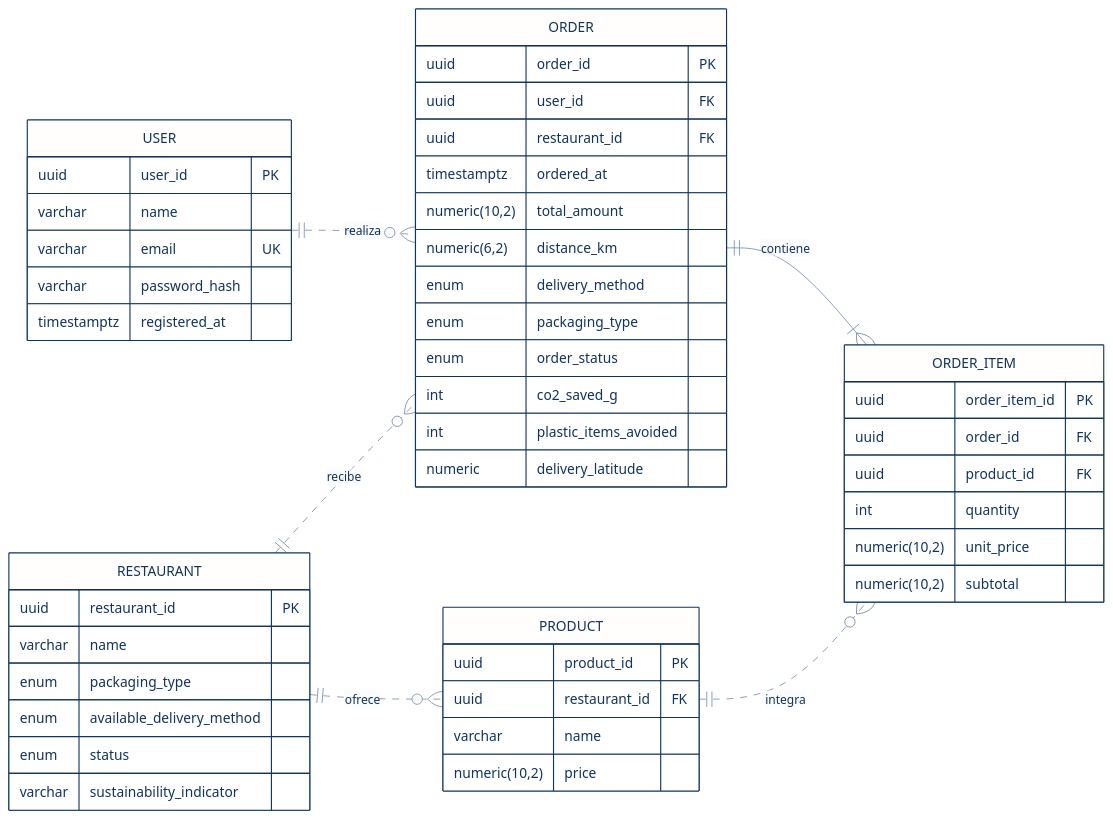
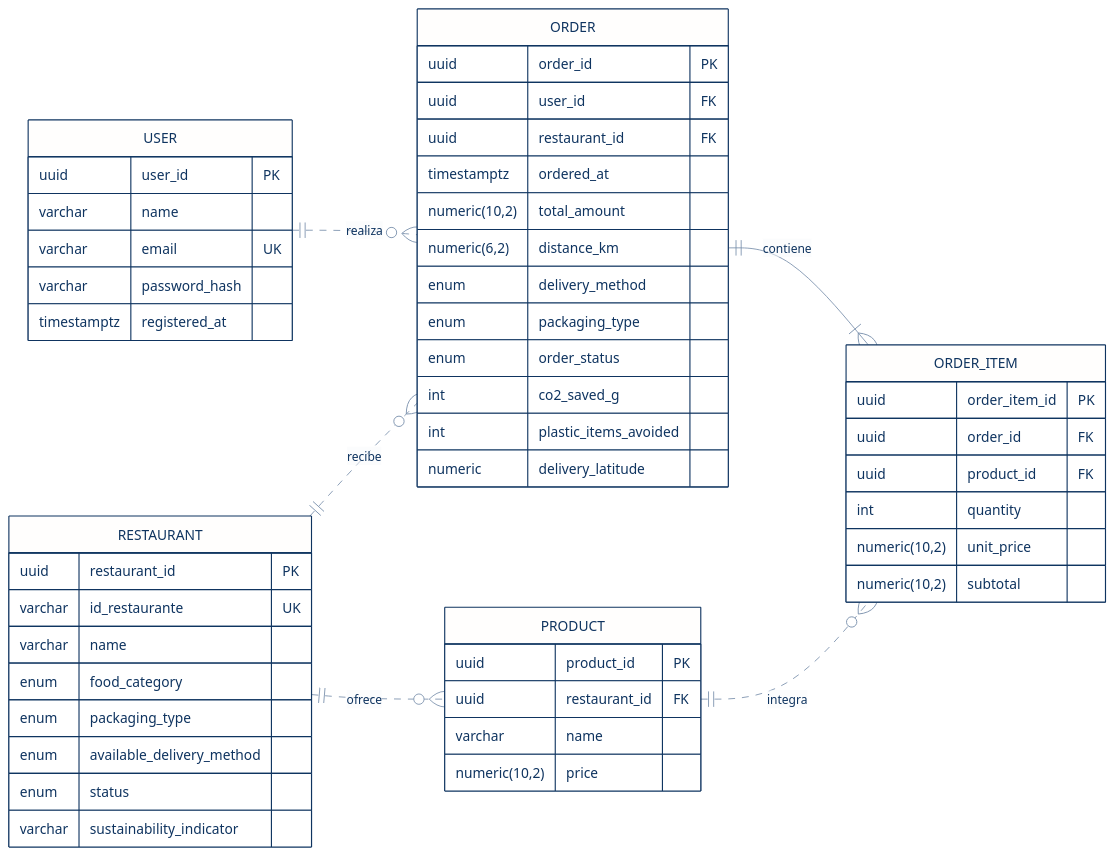
The diagram in docs/api/data-model/erd.mmd (Talently-Lab/S2601-EcoBite), drawn with Mermaid before and after one commit. The commit also changed 12 other files, not shown here.

```diff
--- a/docs/api/data-model/erd.mmd
+++ b/docs/api/data-model/erd.mmd
@@ -1,57 +1,59 @@
 %%{init: {'theme':'base','themeVariables': {'primaryColor':'#fffefd','primaryBorderColor':'#0f3460','primaryTextColor':'#0f3460','lineColor':'#7b91ad','secondaryColor':'#edf2f7','tertiaryColor':'#f7fafc'}}}%%
 erDiagram
     direction LR
 
     USER ||..o{ ORDER : realiza
     RESTAURANT ||..o{ PRODUCT : ofrece
     RESTAURANT ||..o{ ORDER : recibe
     ORDER ||--|{ ORDER_ITEM : contiene
     PRODUCT ||..o{ ORDER_ITEM : integra
 
     USER {
         uuid user_id PK
         varchar name
         varchar email UK
         varchar password_hash
         timestamptz registered_at
     }
 
     RESTAURANT {
         uuid restaurant_id PK
+        varchar id_restaurante UK
         varchar name
+        enum food_category
         enum packaging_type
         enum available_delivery_method
         enum status
         varchar sustainability_indicator
     }
 
     PRODUCT {
         uuid product_id PK
         uuid restaurant_id FK
         varchar name
         numeric(10,2) price
     }
 
     ORDER {
         uuid order_id PK
         uuid user_id FK
         uuid restaurant_id FK
         timestamptz ordered_at
         numeric(10,2) total_amount
         numeric(6,2) distance_km
         enum delivery_method
         enum packaging_type
         enum order_status
         int co2_saved_g
         int plastic_items_avoided
         numeric delivery_latitude
     }
 
     ORDER_ITEM {
         uuid order_item_id PK
         uuid order_id FK
         uuid product_id FK
         int quantity
         numeric(10,2) unit_price
         numeric(10,2) subtotal
     }
```
